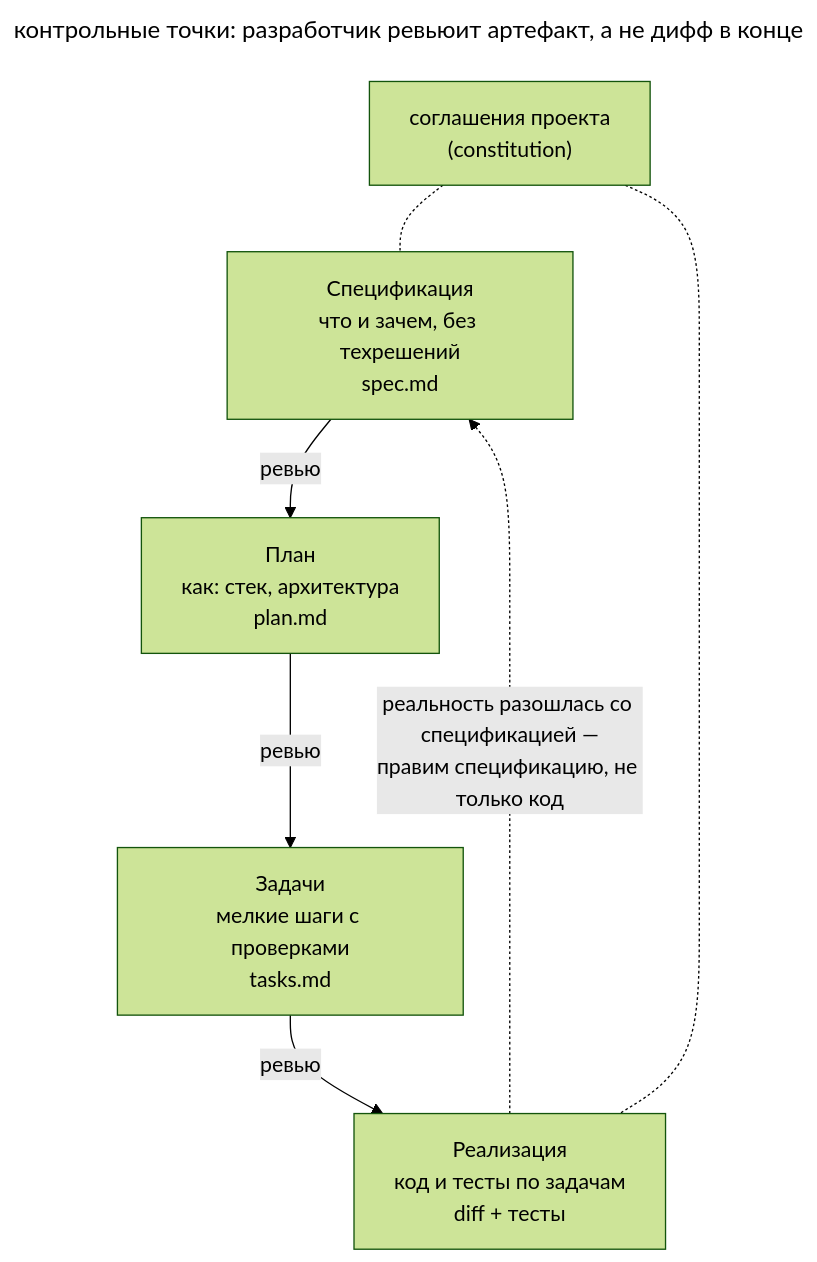
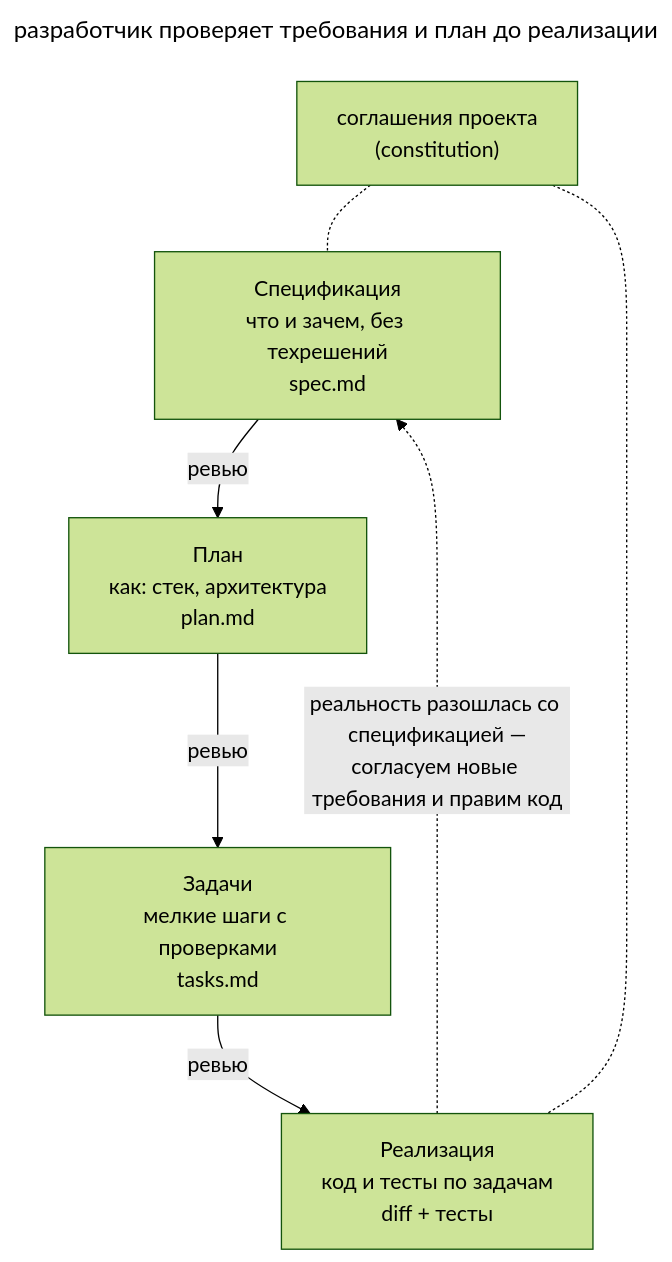
Before and after one commit to Rastavelli/agentic-coding-design-patterns: the diagram in book/ru/spec-driven-development.md, drawn with Mermaid (forest theme). The commit also changed 24 other files, not shown here.

Commit message:
docs: finish Russian prose review and align diagram captions

````diff
--- a/book/ru/spec-driven-development.md
+++ b/book/ru/spec-driven-development.md
@@ -41,15 +41,15 @@
 ```mermaid
 ---
-title: "контрольные точки: разработчик ревьюит артефакт, а не дифф в конце"
+title: разработчик проверяет требования и план до реализации
 ---
 flowchart TB
   spec["Спецификация<br/>что и зачем, без техрешений<br/>spec.md"]
   plan["План<br/>как: стек, архитектура<br/>plan.md"]
   tasks["Задачи<br/>мелкие шаги с проверками<br/>tasks.md"]
   impl["Реализация<br/>код и тесты по задачам<br/>diff + тесты"]
   rules["соглашения проекта<br/>(constitution)"]:::accent
   spec -- "ревью" --> plan -- "ревью" --> tasks -- "ревью" --> impl
-  impl -. "реальность разошлась со спецификацией —<br/>правим спецификацию, не только код" .-> spec
+  impl -. "реальность разошлась со спецификацией —<br/>согласуем новые требования и правим код" .-> spec
   rules -.- spec
   rules -.- impl
 ```
````
